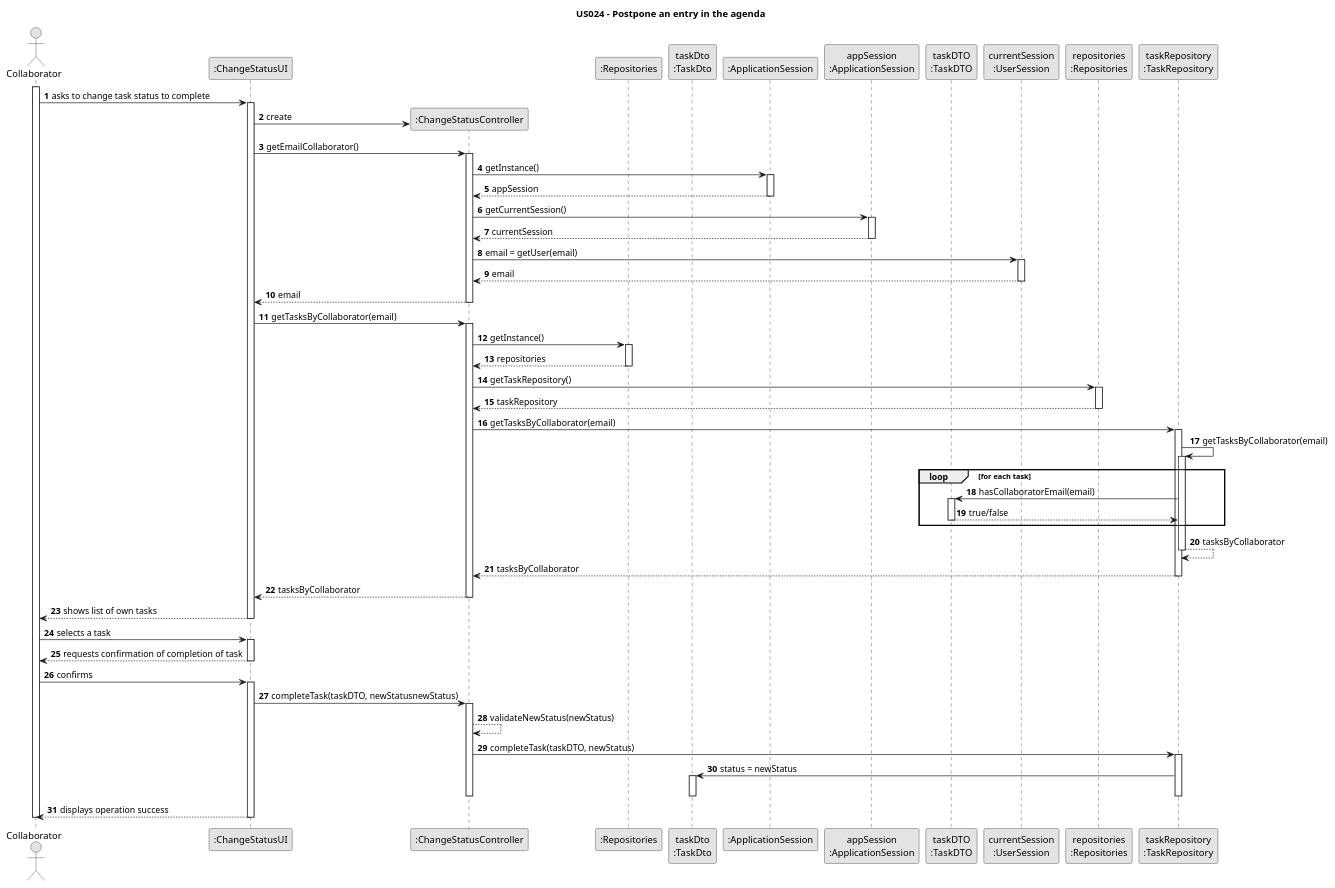
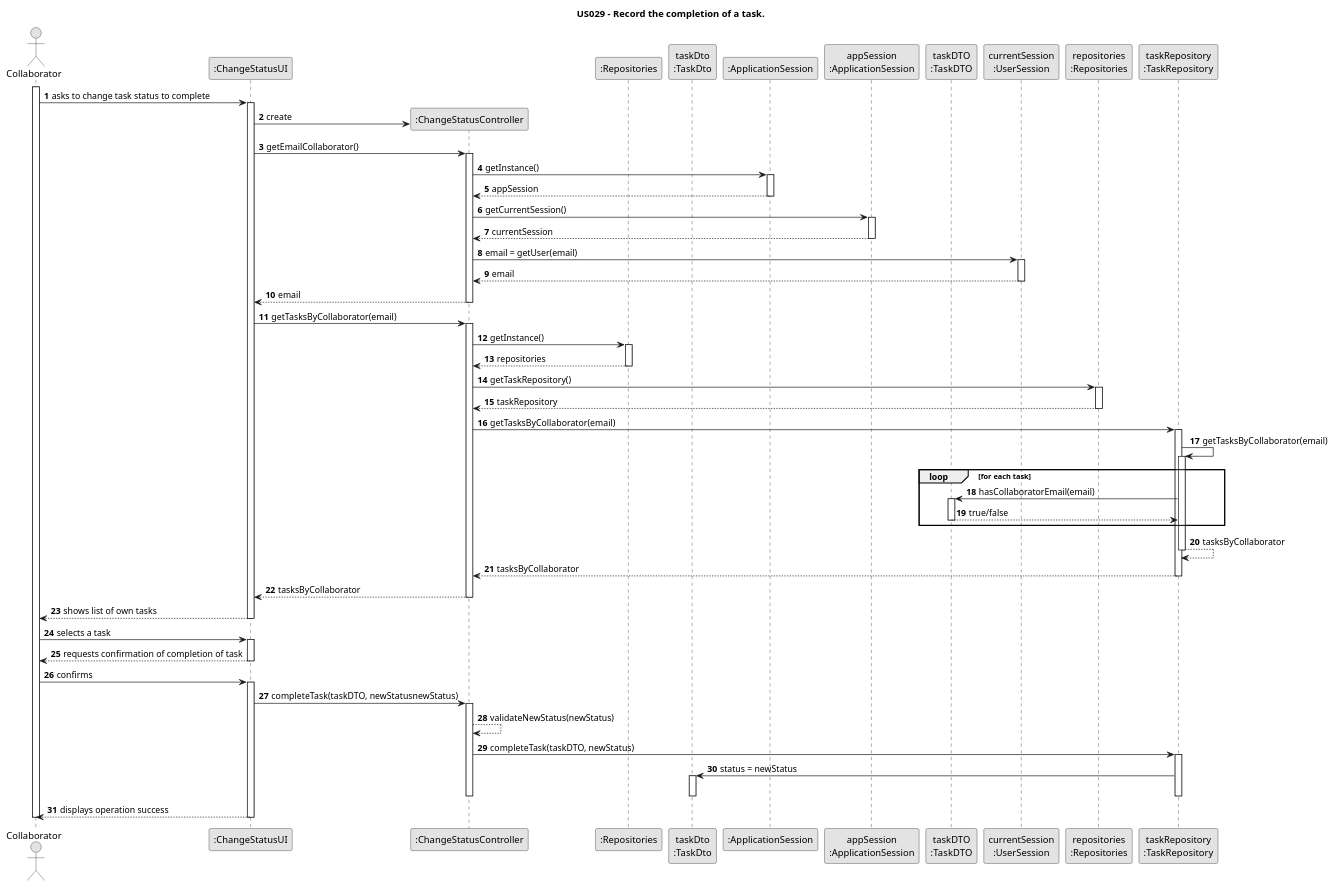
The diagram in docs/sprintC/us029/03.design/puml/us029-sequence-diagram-full.puml (Departamento-de-Engenharia-Informatica/lei-24-s2-1dm-g132), drawn with PlantUML before and after one commit. The commit also changed 7 other files, not shown here.

```diff
--- a/docs/sprintC/us029/03.design/puml/us029-sequence-diagram-full.puml
+++ b/docs/sprintC/us029/03.design/puml/us029-sequence-diagram-full.puml
@@ -1,119 +1,119 @@
 @startuml
 skinparam monochrome true
 skinparam packageStyle rectangle
 skinparam shadowing false
 
-title US024 - Postpone an entry in the agenda
+       title US029 - Record the completion of a task.
 
 autonumber
 
 actor "Collaborator" as Employee
 participant ":ChangeStatusUI" as UI
 participant ":ChangeStatusController" as CTRL
 participant ":Repositories" as RepositorySingleton
 participant "taskDto\n:TaskDto" as TaskDto
 participant ":ApplicationSession" as _APP
 participant "appSession\n:ApplicationSession" as APP
 participant "taskDTO\n:TaskDTO" as TaskDTO
 participant "currentSession\n:UserSession" as SESSION
 participant "repositories\n:Repositories" as PLAT
 participant "taskRepository\n:TaskRepository" as TaskRepository
 
 activate Employee
 
     Employee -> UI : asks to change task status to complete
     activate UI
 
     UI -> CTRL** : create
  UI -> CTRL : getEmailCollaborator()
     activate CTRL
 
     CTRL -> _APP : getInstance()
     activate _APP
 
     _APP --> CTRL : appSession
     deactivate _APP
 
     CTRL -> APP : getCurrentSession()
     activate APP
 
     APP --> CTRL : currentSession
     deactivate APP
 
     CTRL -> SESSION : email = getUser(email)
     activate SESSION
 
     SESSION --> CTRL : email
     deactivate SESSION
 
     CTRL --> UI : email
     deactivate CTRL
 
     UI -> CTRL : getTasksByCollaborator(email)
     activate CTRL
 
     CTRL -> RepositorySingleton : getInstance()
     activate RepositorySingleton
 
     RepositorySingleton --> CTRL: repositories
     deactivate RepositorySingleton
 
     CTRL -> PLAT : getTaskRepository()
     activate PLAT
 
     PLAT --> CTRL: taskRepository
     deactivate PLAT
 
     CTRL -> TaskRepository : getTasksByCollaborator(email)
     activate TaskRepository
     TaskRepository -> TaskRepository : getTasksByCollaborator(email)
     activate TaskRepository
     loop for each task
     TaskRepository -> TaskDTO : hasCollaboratorEmail(email)
     activate TaskDTO
     TaskDTO --> TaskRepository : true/false
     deactivate TaskDTO
     end
     TaskRepository --> TaskRepository : tasksByCollaborator
     deactivate TaskRepository
 
 
     TaskRepository --> CTRL : tasksByCollaborator
     deactivate TaskRepository
 
     CTRL --> UI : tasksByCollaborator
     deactivate CTRL
     UI --> Employee : shows list of own tasks
     deactivate UI
 
     Employee -> UI : selects a task
     activate UI
 
     UI --> Employee : requests confirmation of completion of task
     deactivate UI
 
     Employee -> UI : confirms
     activate UI
 
     UI -> CTRL :            completeTask(taskDTO, newStatusnewStatus)
 
     activate CTRL
 
     CTRL --> CTRL : validateNewStatus(newStatus)
     CTRL -> TaskRepository :            completeTask(taskDTO, newStatus)
 
     activate TaskRepository
 
     TaskRepository -> TaskDto : status = newStatus
     activate TaskDto
     deactivate TaskDto
 
     deactivate TaskRepository
     deactivate CTRL
 
 
     UI --> Employee : displays operation success
     deactivate UI
 
 deactivate Employee
 @enduml
```
